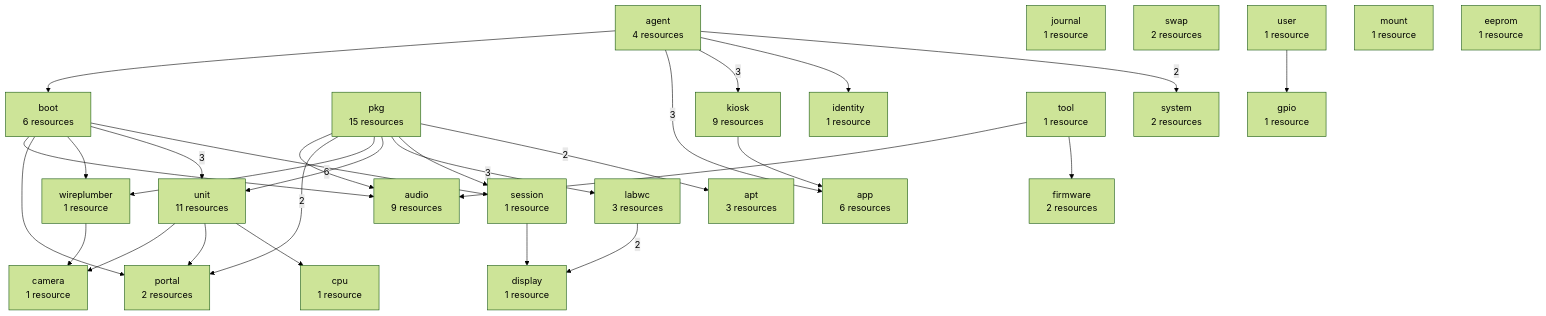
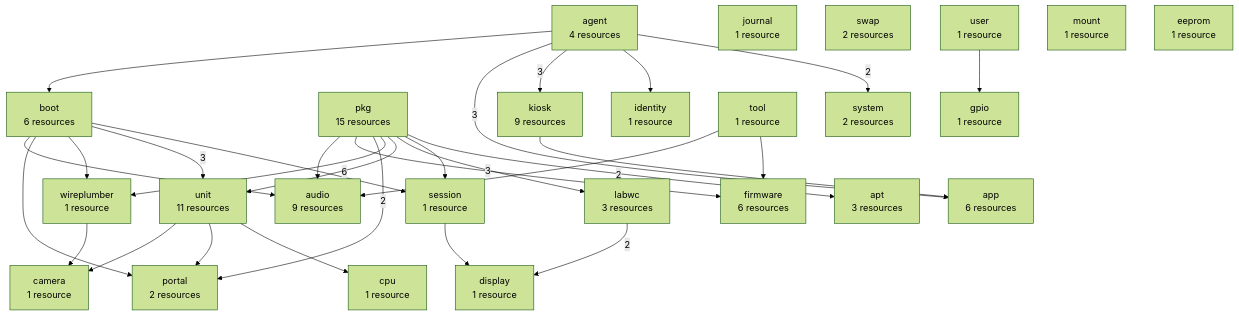
The first of 21 diagrams in reference/reconcile-dag.md (SixFive7/FrameLink), drawn with Mermaid (forest theme) before and after one commit. The commit also changed other lines of this file and 10 other files, not shown here.

````diff
--- a/reference/reconcile-dag.md
+++ b/reference/reconcile-dag.md
@@ -68,55 +68,56 @@
 ```mermaid
 flowchart TD
   a_agent["agent<br/>4 resources"]
   a_boot["boot<br/>6 resources"]
   a_journal["journal<br/>1 resource"]
   a_unit["unit<br/>11 resources"]
   a_pkg["pkg<br/>15 resources"]
   a_system["system<br/>2 resources"]
   a_swap["swap<br/>2 resources"]
   a_user["user<br/>1 resource"]
   a_mount["mount<br/>1 resource"]
   a_apt["apt<br/>3 resources"]
   a_identity["identity<br/>1 resource"]
   a_audio["audio<br/>9 resources"]
   a_cpu["cpu<br/>1 resource"]
   a_session["session<br/>1 resource"]
   a_labwc["labwc<br/>3 resources"]
   a_display["display<br/>1 resource"]
   a_app["app<br/>6 resources"]
   a_wireplumber["wireplumber<br/>1 resource"]
   a_portal["portal<br/>2 resources"]
   a_camera["camera<br/>1 resource"]
   a_kiosk["kiosk<br/>9 resources"]
   a_tool["tool<br/>1 resource"]
-  a_firmware["firmware<br/>2 resources"]
+  a_firmware["firmware<br/>6 resources"]
   a_gpio["gpio<br/>1 resource"]
   a_eeprom["eeprom<br/>1 resource"]
   a_agent -->|2| a_system
   a_pkg -->|2| a_apt
   a_agent --> a_identity
   a_unit --> a_cpu
   a_pkg --> a_session
   a_boot --> a_session
   a_pkg -->|3| a_labwc
   a_labwc -->|2| a_display
   a_session --> a_display
   a_pkg -->|6| a_unit
   a_boot -->|3| a_unit
   a_pkg --> a_wireplumber
   a_boot --> a_wireplumber
   a_pkg -->|2| a_portal
   a_boot --> a_portal
   a_unit --> a_portal
   a_unit --> a_camera
   a_wireplumber --> a_camera
   a_agent -->|3| a_kiosk
   a_agent -->|3| a_app
   a_kiosk --> a_app
   a_tool --> a_firmware
+  a_pkg --> a_firmware
   a_tool --> a_audio
   a_pkg --> a_audio
   a_boot --> a_audio
   a_user --> a_gpio
   a_agent --> a_boot
 ```
````
